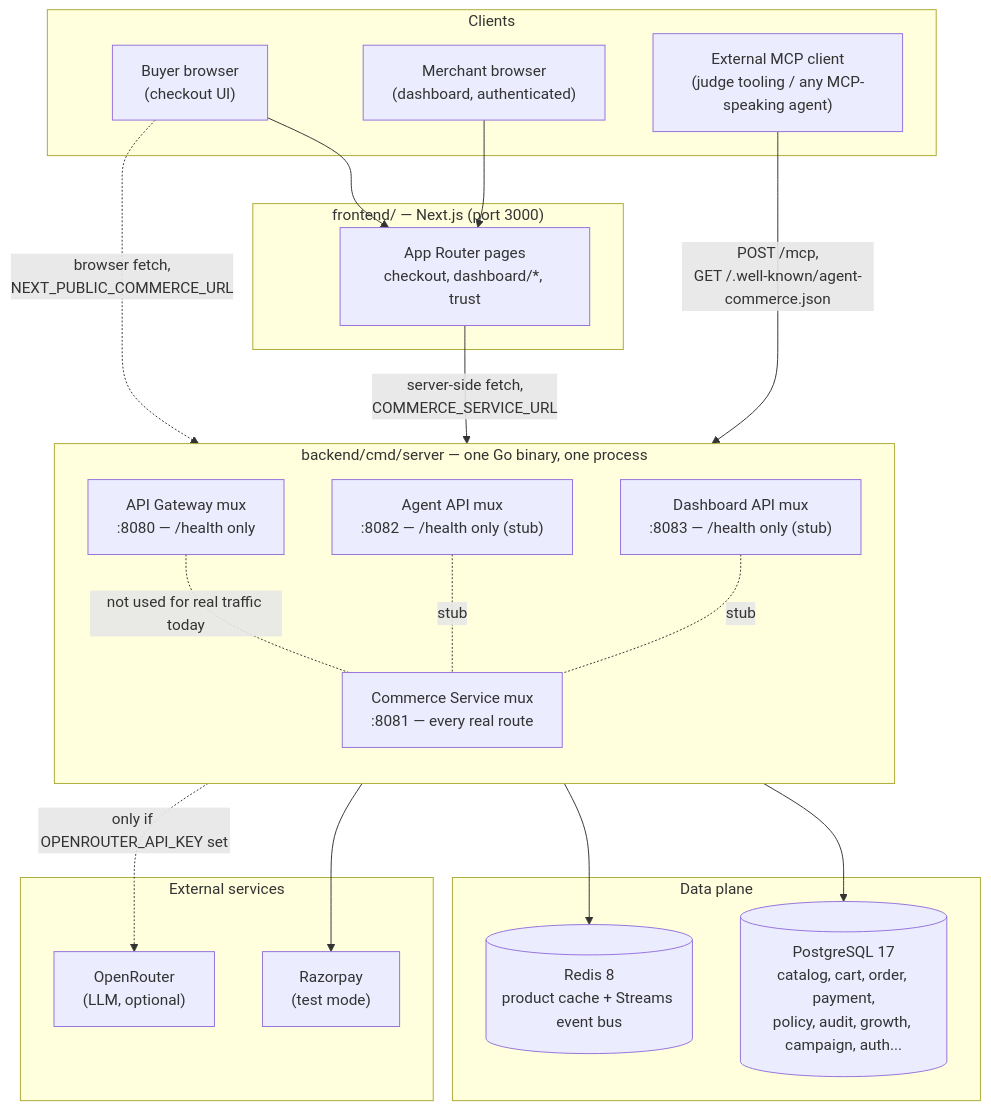
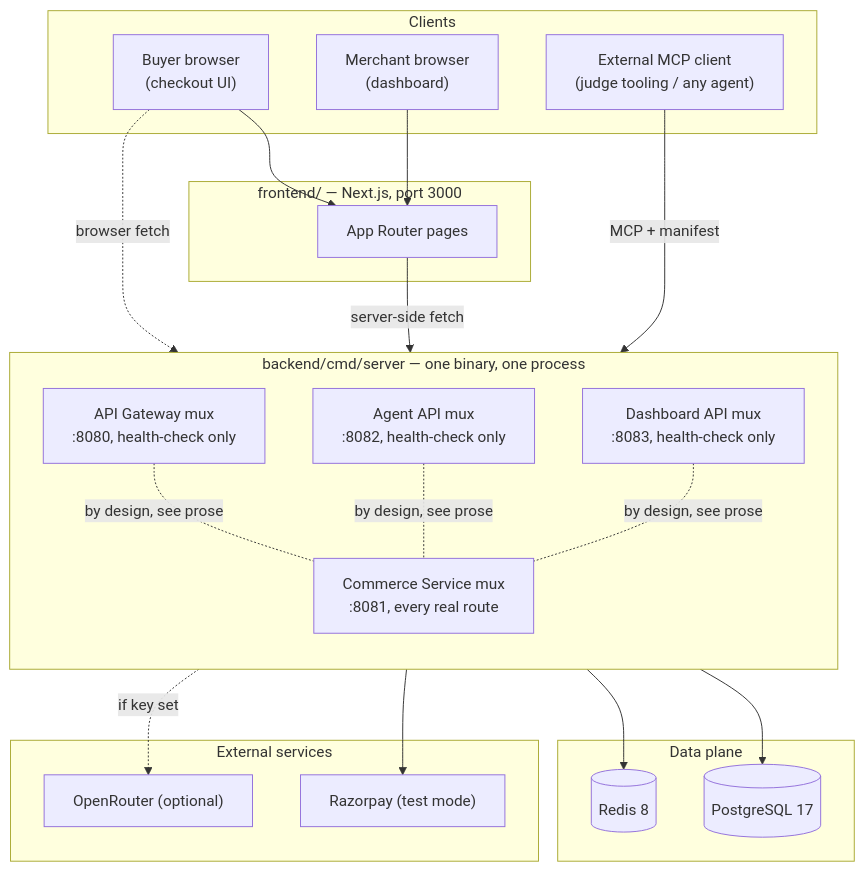
One commit to GarineSaiAjay/commerceos changed the first of 10 diagrams in files/ARCHITECTURE.md. Above: the diagram before and after it, drawn with Mermaid. The commit also changed other lines of this file, not shown here.

First line of the commit message:
docs(files): fix distorted Mermaid rendering in ARCHITECTURE.md

````diff
--- a/files/ARCHITECTURE.md
+++ b/files/ARCHITECTURE.md
@@ -37,45 +42,45 @@
 ```mermaid
 flowchart TB
     subgraph Client["Clients"]
         Buyer["Buyer browser<br/>(checkout UI)"]
-        Merchant["Merchant browser<br/>(dashboard, authenticated)"]
-        ExternalAgent["External MCP client<br/>(judge tooling / any MCP-speaking agent)"]
+        Merchant["Merchant browser<br/>(dashboard)"]
+        ExternalAgent["External MCP client<br/>(judge tooling / any agent)"]
     end
 
-    subgraph Frontend["frontend/ — Next.js (port 3000)"]
-        FE["App Router pages<br/>checkout, dashboard/*, trust"]
+    subgraph Frontend["frontend/ — Next.js, port 3000"]
+        FE["App Router pages"]
     end
 
-    subgraph Backend["backend/cmd/server — one Go binary, one process"]
+    subgraph Backend["backend/cmd/server — one binary, one process"]
         direction TB
-        GW["API Gateway mux<br/>:8080 — /health only"]
-        Commerce["Commerce Service mux<br/>:8081 — every real route"]
-        AgentAPI["Agent API mux<br/>:8082 — /health only (stub)"]
-        DashAPI["Dashboard API mux<br/>:8083 — /health only (stub)"]
+        GW["API Gateway mux<br/>:8080, health-check only"]
+        Commerce["Commerce Service mux<br/>:8081, every real route"]
+        AgentAPI["Agent API mux<br/>:8082, health-check only"]
+        DashAPI["Dashboard API mux<br/>:8083, health-check only"]
     end
 
     subgraph Stores["Data plane"]
-        PG[("PostgreSQL 17<br/>catalog, cart, order, payment,\npolicy, audit, growth, campaign, auth...")]
-        Redis[("Redis 8<br/>product cache + Streams event bus")]
+        PG[("PostgreSQL 17")]
+        Redis[("Redis 8")]
     end
 
     subgraph External["External services"]
-        Razorpay["Razorpay<br/>(test mode)"]
-        OpenRouter["OpenRouter<br/>(LLM, optional)"]
+        Razorpay["Razorpay (test mode)"]
+        OpenRouter["OpenRouter (optional)"]
     end
 
     Buyer --> FE
     Merchant --> FE
-    FE -->|"server-side fetch,\nCOMMERCE_SERVICE_URL"| Commerce
-    Buyer -.->|"browser fetch,\nNEXT_PUBLIC_COMMERCE_URL"| Commerce
-    ExternalAgent -->|"POST /mcp,\nGET /.well-known/agent-commerce.json"| Commerce
+    FE -->|server-side fetch| Commerce
+    Buyer -.->|browser fetch| Commerce
+    ExternalAgent -->|MCP + manifest| Commerce
 
     Commerce --> PG
     Commerce --> Redis
     Commerce --> Razorpay
-    Commerce -.->|"only if OPENROUTER_API_KEY set"| OpenRouter
+    Commerce -.->|if key set| OpenRouter
 
-    GW -. "not used for real traffic today" .- Commerce
-    AgentAPI -. "stub" .- Commerce
-    DashAPI -. "stub" .- Commerce
+    GW -. "by design, see prose" .- Commerce
+    AgentAPI -. "by design, see prose" .- Commerce
+    DashAPI -. "by design, see prose" .- Commerce
 ```
````
